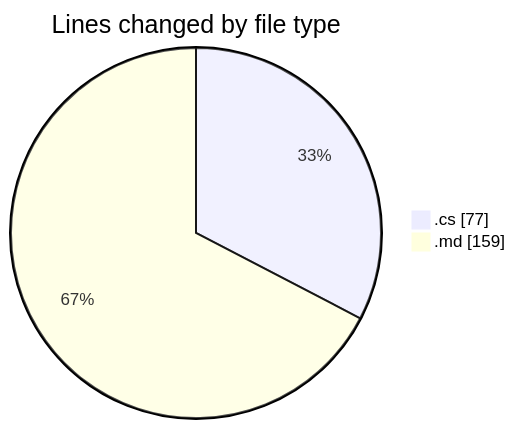
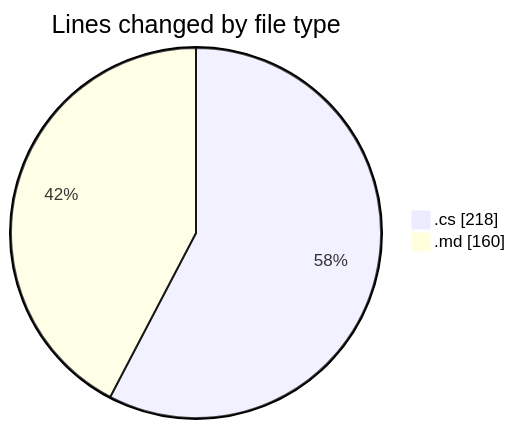
One commit to ernivani/code-tracking changed the first of 2 diagrams in 2024-12-30/leetcode/README.md. Above: the diagram before and after it, drawn with Mermaid. The commit also changed other lines of this file and 3 other files, not shown here.

````diff
--- a/2024-12-30/leetcode/README.md
+++ b/2024-12-30/leetcode/README.md
@@ -23,6 +24,6 @@
 ```mermaid
 pie showData
 title Lines changed by file type
-".cs" : 77
-".md" : 159
+".cs" : 218
+".md" : 160
 ```
````
